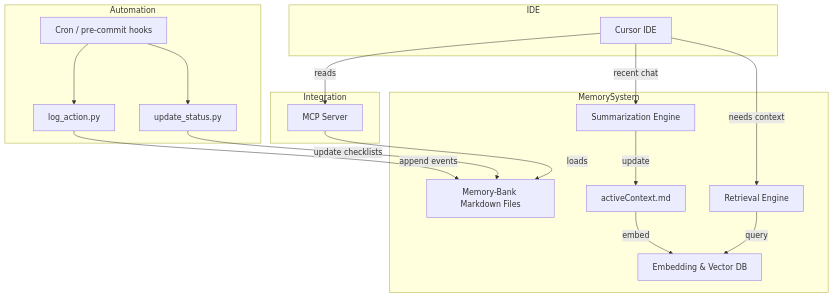
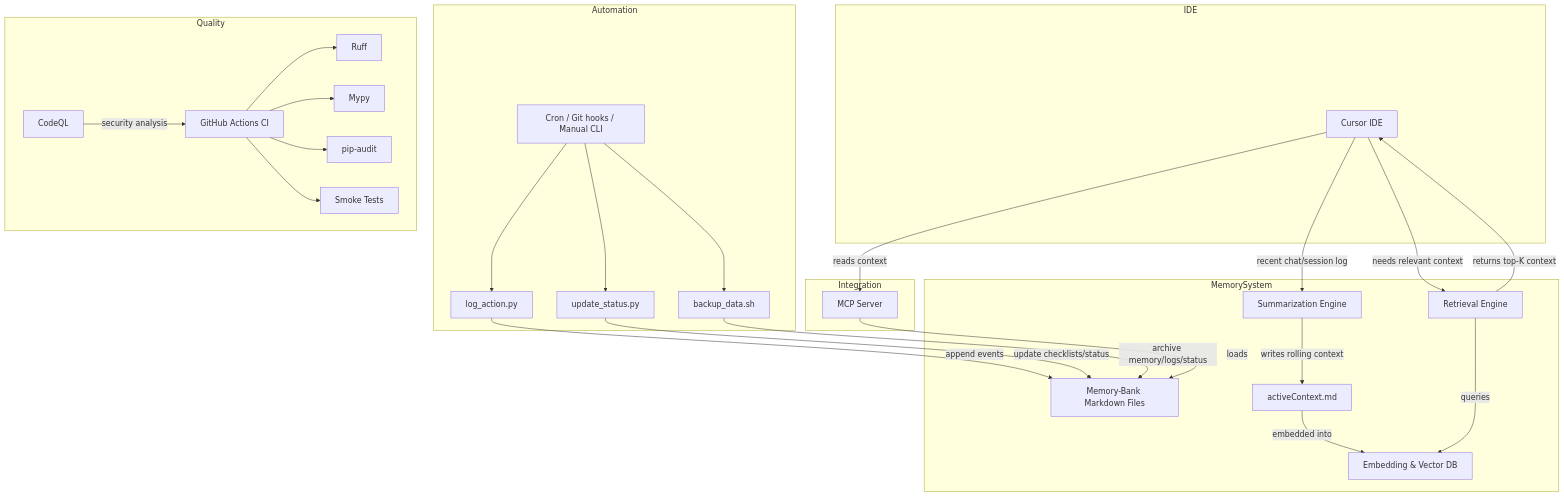
Before and after one commit to lexmourao/cursor-memory-project: the diagram in docs/ARCHITECTURE.md, drawn with Mermaid. The commit also changed other lines of this file, not shown here.

First line of the commit message:
docs: strengthen architecture documentation

````diff
--- a/docs/ARCHITECTURE.md
+++ b/docs/ARCHITECTURE.md
@@ -9,34 +61,58 @@
 ```mermaid
 graph TD
     subgraph IDE
         C[Cursor IDE]
     end
+
     subgraph MemorySystem
         MB[Memory-Bank Markdown Files]
         AC[activeContext.md]
         Embed[Embedding & Vector DB]
         Sum[Summarization Engine]
         Ret[Retrieval Engine]
     end
+
     subgraph Automation
         Log[log_action.py]
         Stat[update_status.py]
-        Sched[Cron / pre-commit hooks]
+        Backup[backup_data.sh]
+        Sched[Cron / Git hooks / Manual CLI]
     end
+
     subgraph Integration
         MCP[MCP Server]
     end
 
-    C -->|reads| MCP
+    subgraph Quality
+        CI[GitHub Actions CI]
+        Ruff[Ruff]
+        Mypy[Mypy]
+        Audit[pip-audit]
+        CodeQL[CodeQL]
+        Tests[Smoke Tests]
+    end
+
+    C -->|reads context| MCP
     MCP -->|loads| MB
-    C -->|recent chat| Sum
-    Sum -->|update| AC
-    AC -->|embed| Embed
-    Ret -->|query| Embed
-    C -->|needs context| Ret
+
+    C -->|recent chat/session log| Sum
+    Sum -->|writes rolling context| AC
+    AC -->|embedded into| Embed
+
+    C -->|needs relevant context| Ret
+    Ret -->|queries| Embed
+    Ret -->|returns top-K context| C
 
     Log -->|append events| MB
-    Stat -->|update checklists| MB
+    Stat -->|update checklists/status| MB
+    Backup -->|archive memory/logs/status| MB
     Sched --> Log
     Sched --> Stat
+    Sched --> Backup
+
+    CI --> Ruff
+    CI --> Mypy
+    CI --> Audit
+    CI --> Tests
+    CodeQL -->|security analysis| CI
 ```
````
